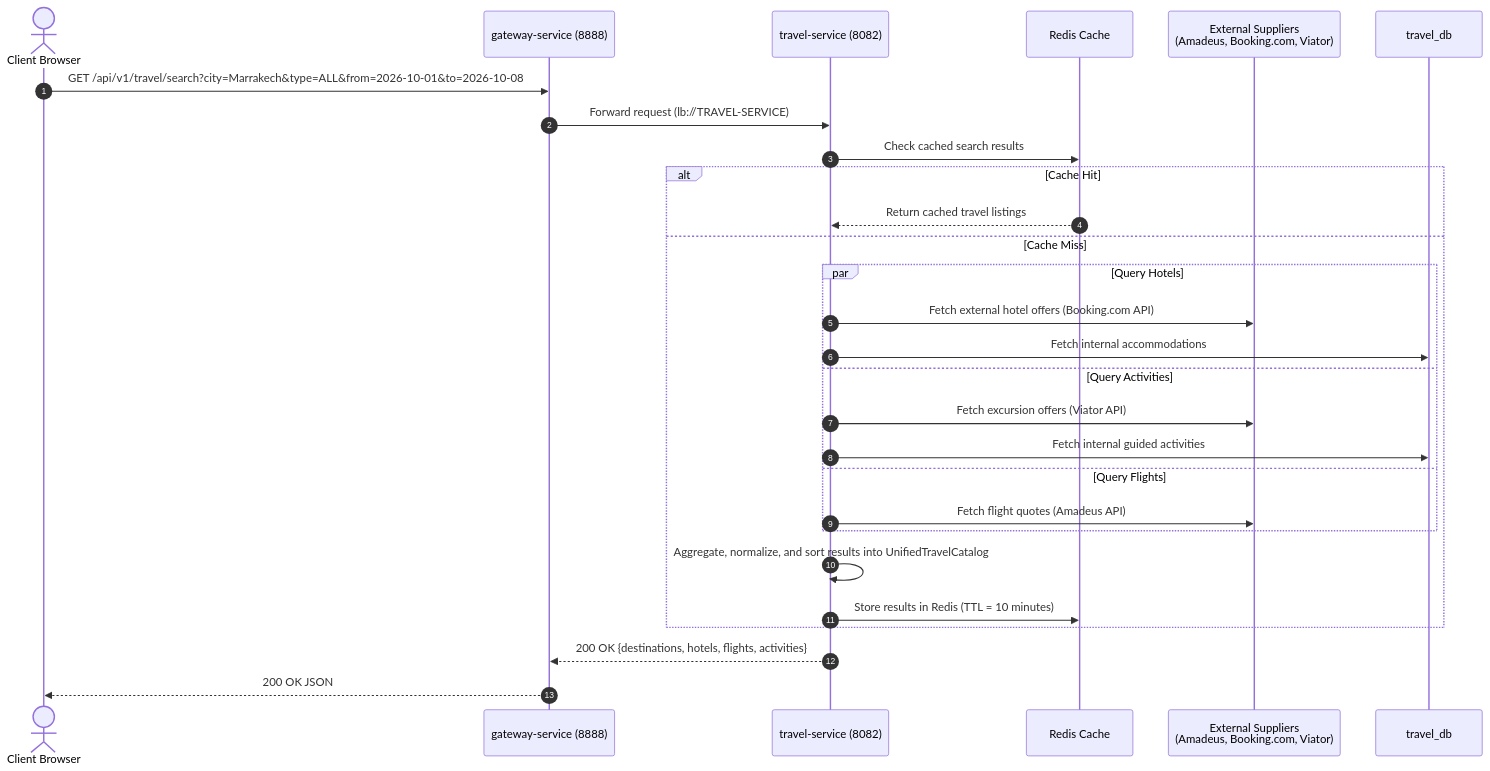
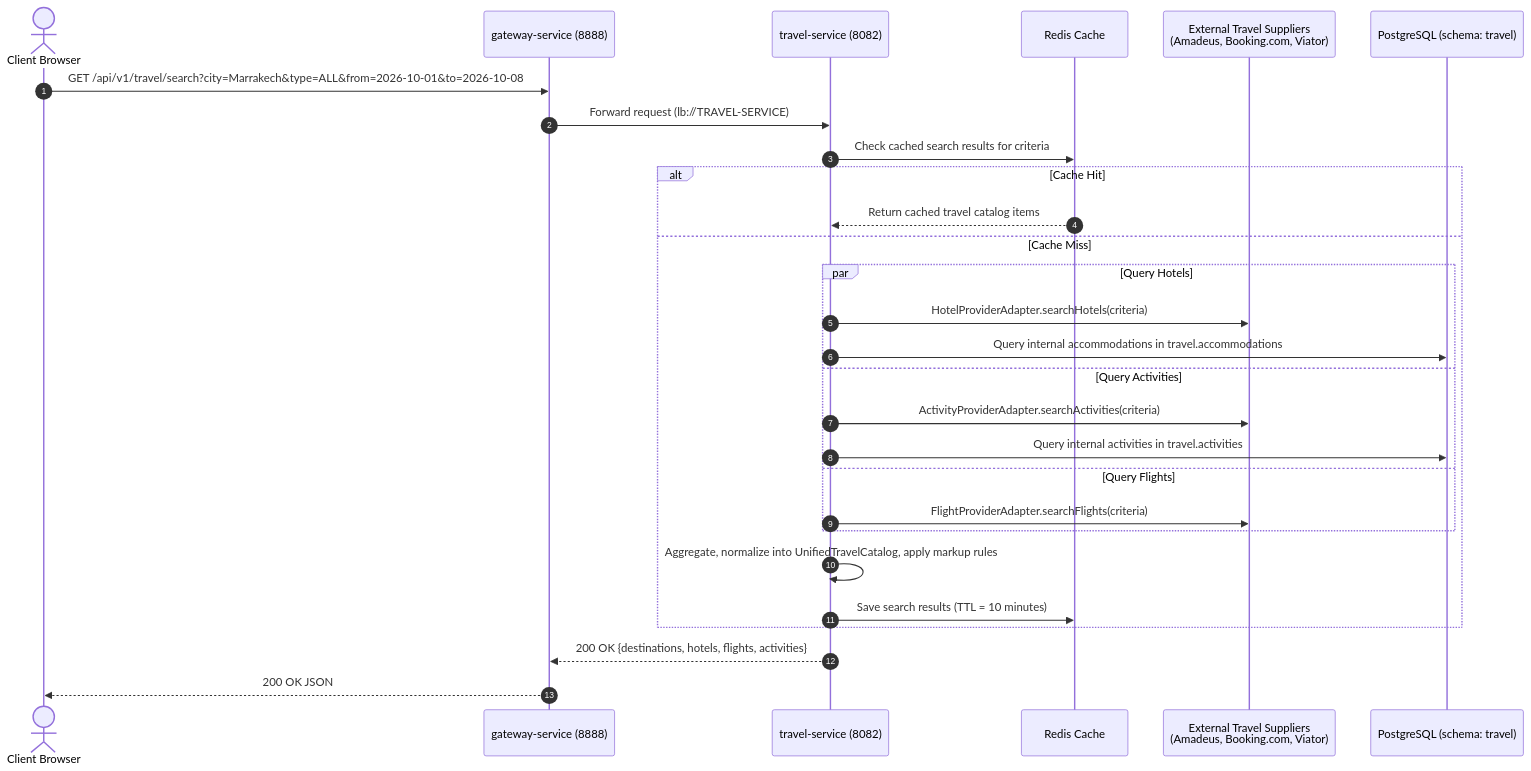
The fifth of 10 diagrams in docs/YUDING_V2_ARCHITECTURE.md (ELBATTAHAHMED/Yuding), drawn with Mermaid before and after one commit. The commit also changed other lines of this file, not shown here.

Commit message:
docs: complete Yuding V2 architecture documentation

````diff
--- a/docs/YUDING_V2_ARCHITECTURE.md
+++ b/docs/YUDING_V2_ARCHITECTURE.md
@@ -366,31 +404,31 @@
 ```mermaid
 sequenceDiagram
     autonumber
     actor User as Client Browser
     participant GW as gateway-service (8888)
     participant TS as travel-service (8082)
     participant Cache as Redis Cache
-    participant Ext as External Suppliers<br/>(Amadeus, Booking.com, Viator)
-    participant DB as travel_db
+    participant Ext as External Travel Suppliers<br/>(Amadeus, Booking.com, Viator)
+    participant DB as PostgreSQL (schema: travel)
 
     User->>GW: GET /api/v1/travel/search?city=Marrakech&type=ALL&from=2026-10-01&to=2026-10-08
     GW->>TS: Forward request (lb://TRAVEL-SERVICE)
-    TS->>Cache: Check cached search results
+    TS->>Cache: Check cached search results for criteria
     alt Cache Hit
-        Cache-->>TS: Return cached travel listings
+        Cache-->>TS: Return cached travel catalog items
     else Cache Miss
         par Query Hotels
-            TS->>Ext: Fetch external hotel offers (Booking.com API)
-            TS->>DB: Fetch internal accommodations
+            TS->>Ext: HotelProviderAdapter.searchHotels(criteria)
+            TS->>DB: Query internal accommodations in travel.accommodations
         and Query Activities
-            TS->>Ext: Fetch excursion offers (Viator API)
-            TS->>DB: Fetch internal guided activities
+            TS->>Ext: ActivityProviderAdapter.searchActivities(criteria)
+            TS->>DB: Query internal activities in travel.activities
         and Query Flights
-            TS->>Ext: Fetch flight quotes (Amadeus API)
+            TS->>Ext: FlightProviderAdapter.searchFlights(criteria)
         end
-        TS->>TS: Aggregate, normalize, and sort results into UnifiedTravelCatalog
-        TS->>Cache: Store results in Redis (TTL = 10 minutes)
+        TS->>TS: Aggregate, normalize into UnifiedTravelCatalog, apply markup rules
+        TS->>Cache: Save search results (TTL = 10 minutes)
     end
     TS-->>GW: 200 OK {destinations, hotels, flights, activities}
     GW-->>User: 200 OK JSON
 ```
````
